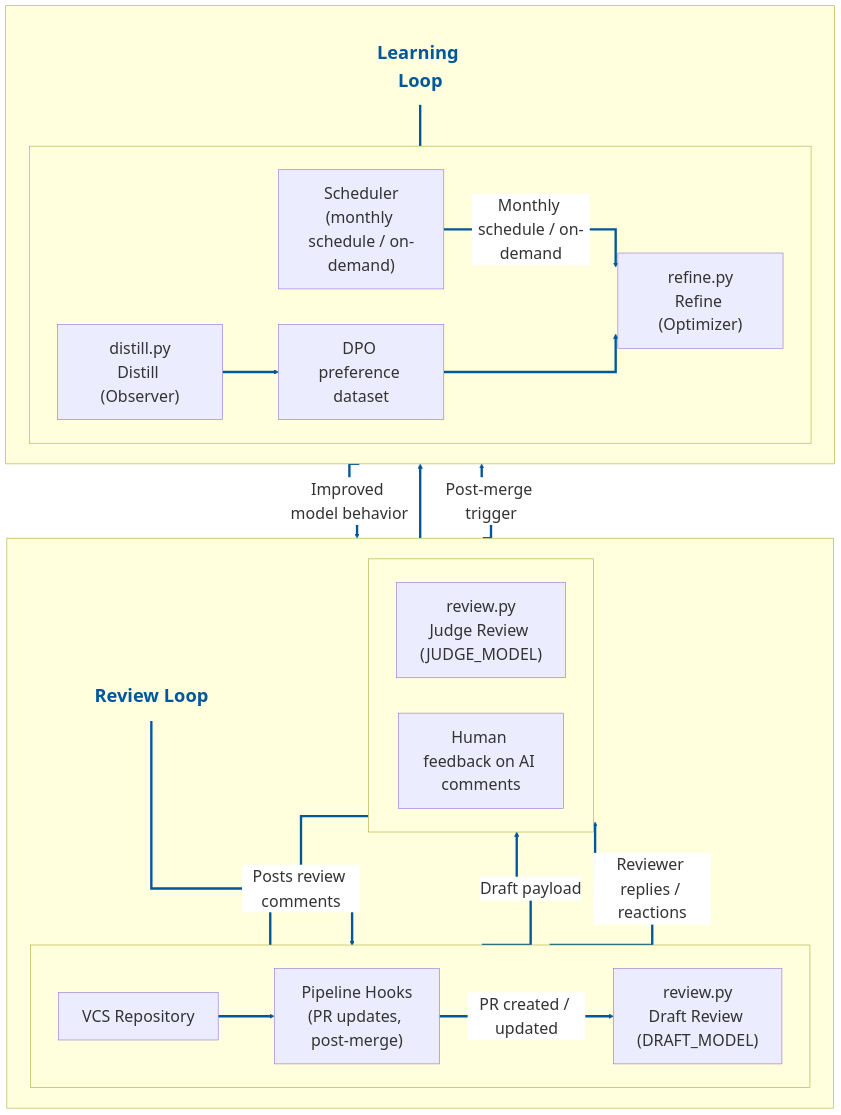
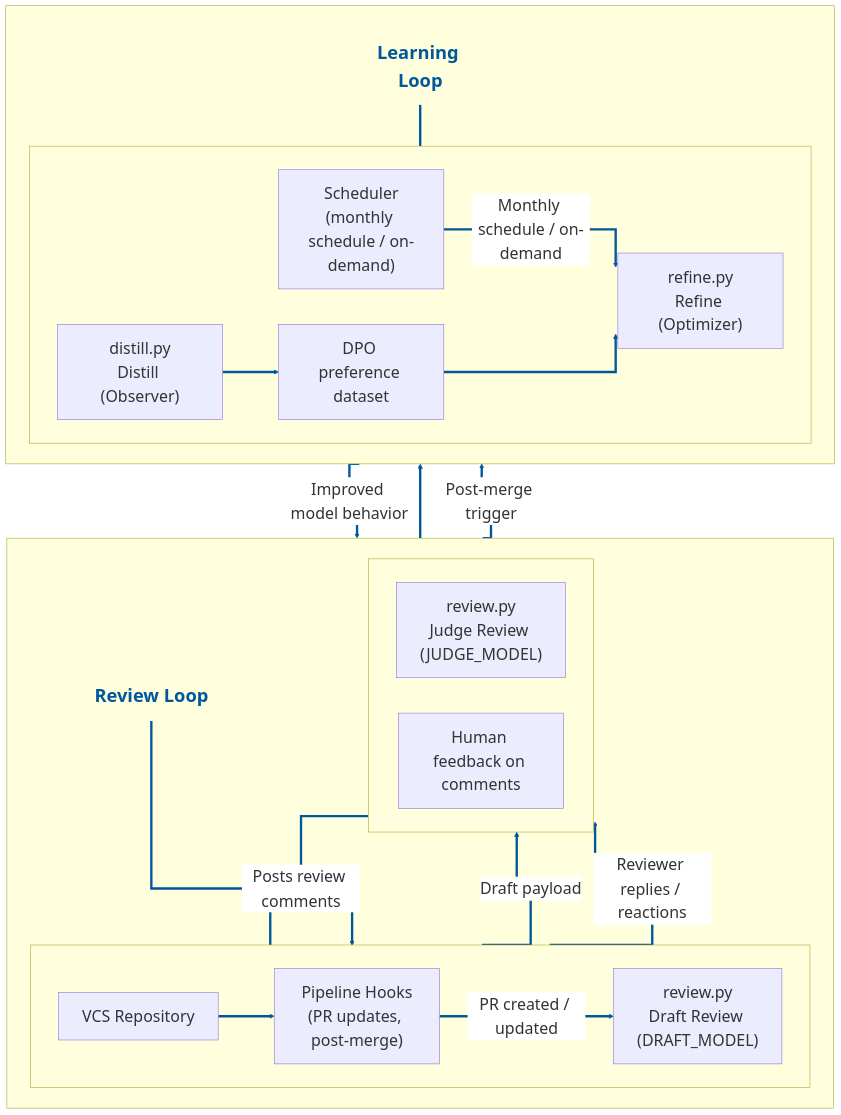
Before and after one commit to aravin-86/reflex-reviewer: the diagram in README.md, drawn with Mermaid.

````diff
--- a/README.md
+++ b/README.md
@@ -50,53 +50,53 @@
 ```mermaid
 %%{init: {'themeVariables': {'fontSize': '27px', 'lineColor': '#01579b', 'edgeLabelBackground': '#ffffff'}, 'flowchart': {'curve': 'stepAfter', 'nodeSpacing': 60, 'rankSpacing': 45, 'padding': 20}} }%%
 flowchart TB
     classDef largeText fill:#e1f5fe,stroke:#01579b,stroke-width:3px,font-size:27px;
     classDef loopTitle fill:transparent,stroke:transparent,color:#01579b,font-size:31px,font-weight:bold;
     class repo,pipelineHooks,scheduler,draftReview,judgeReview,feedback,distill,data,refine largeText;
 
     subgraph reviewLoop[" "]
       direction TB
       reviewTitle["Review Loop"]
       subgraph reviewTop[" "]
         direction LR
         repo["VCS Repository"]
         pipelineHooks["Pipeline Hooks<br/>(PR updates, post-merge)"]
         draftReview["review.py<br/>Draft Review (DRAFT_MODEL)"]
       end
       subgraph reviewBottom[" "]
         direction LR
         judgeReview["review.py<br/>Judge Review (JUDGE_MODEL)"]
-        feedback["Human feedback on AI comments"]
+        feedback["Human feedback on comments"]
       end
       reviewTitle ~~~ repo
     end
 
     subgraph learningLoop[" "]
       direction TB
       learningTitle["Learning Loop"]
       subgraph learningRow[" "]
         direction LR
         distill["distill.py<br/>Distill (Observer)"]
         data["DPO preference dataset"]
         refine["refine.py<br/>Refine (Optimizer)"]
         scheduler["Scheduler<br/>(monthly schedule / on-demand)"]
       end
       learningTitle ~~~ distill
     end
 
     class reviewTitle,learningTitle loopTitle;
 
     repo --> pipelineHooks
     pipelineHooks -->|PR created / updated| draftReview
     draftReview -->|Draft payload| judgeReview
     judgeReview -->|Posts review comments| repo
     repo -->|Reviewer replies / reactions| feedback
     feedback --> distill
     pipelineHooks -->|Post-merge trigger| distill
     distill --> data
     scheduler -->|Monthly schedule / on-demand| refine
     data --> refine
     refine -->|Improved model behavior| draftReview
 
     linkStyle default stroke:#01579b,stroke-width:4px;
 ```
````
